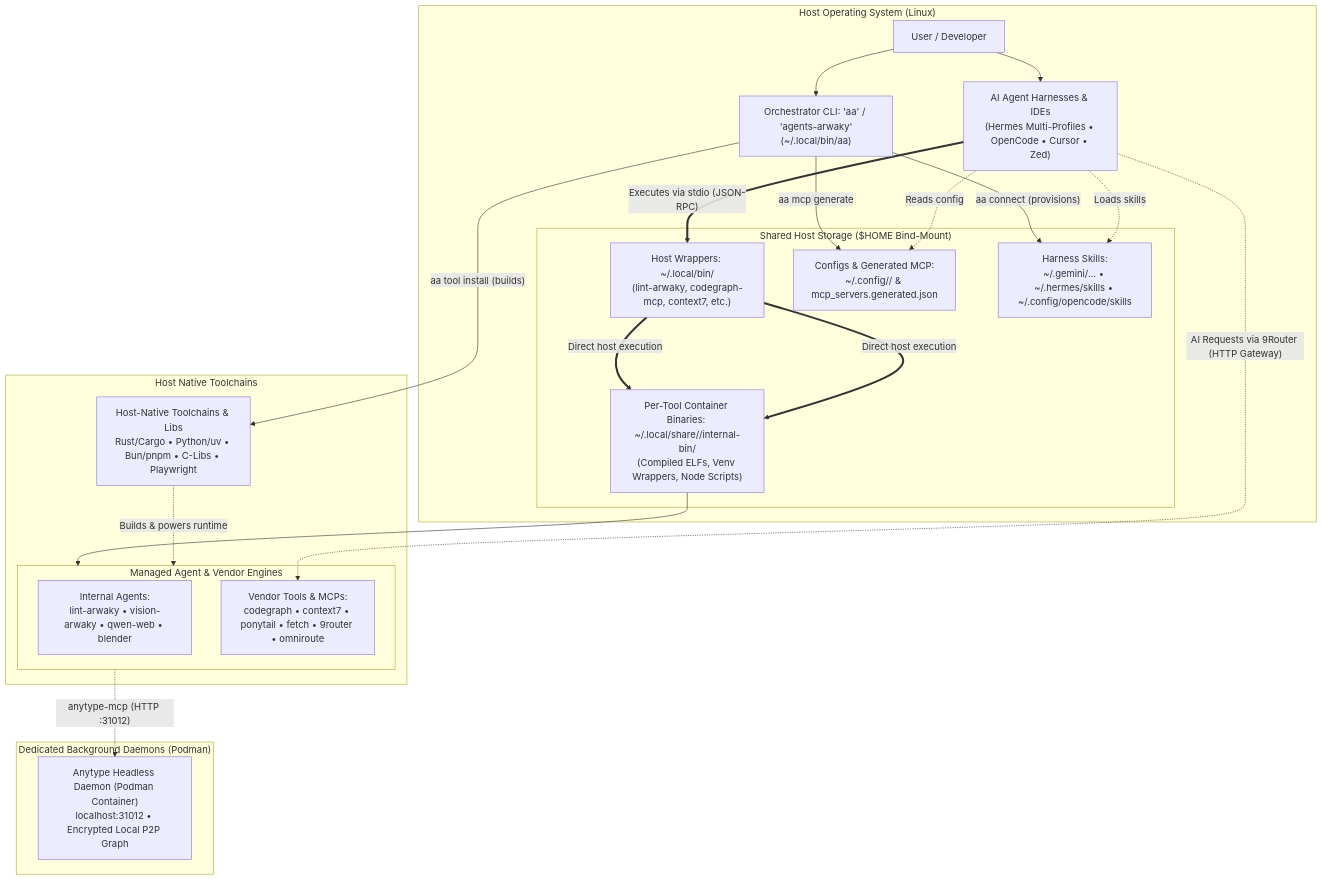
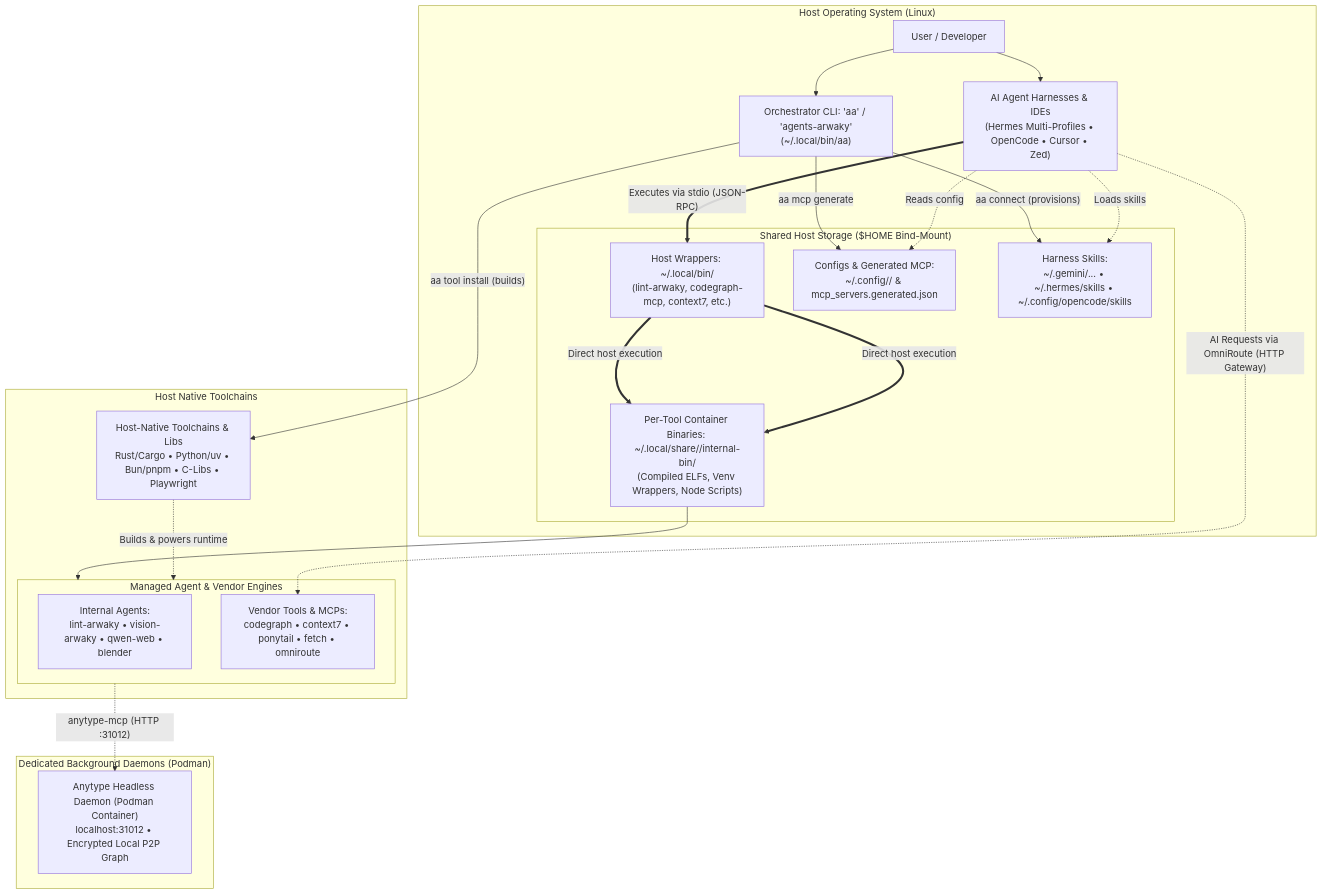
The diagram in README.md (rakaarwaky/agents-arwaky), drawn with Mermaid before and after one commit. The commit also changed other lines of this file and 83 other files, not shown here.

First line of the commit message:
feat: migrate 9router to OmniRoute as the sole AI gateway

````diff
--- a/README.md
+++ b/README.md
@@ -23,52 +23,52 @@
 ```mermaid
 flowchart TB
     subgraph HostOS["Host Operating System (Linux)"]
         User["User / Developer"]
         Harnesses["AI Agent Harnesses & IDEs\n(Hermes Multi-Profiles • OpenCode • Cursor • Zed)"]
         CLI["Orchestrator CLI: 'aa' / 'agents-arwaky'\n(~/.local/bin/aa)"]
       
         subgraph XDGShared["Shared Host Storage ($HOME Bind-Mount)"]
             Launchers["Host Wrappers: ~/.local/bin/\n(lint-arwaky, codegraph-mcp, context7, etc.)"]
             InternalBin["Per-Tool Container Binaries: ~/.local/share/<tool>/internal-bin/\n(Compiled ELFs, Venv Wrappers, Node Scripts)"]
             XDGConfigs["Configs & Generated MCP:\n~/.config/<tool>/ & mcp_servers.generated.json"]
             XDGSkills["Harness Skills:\n~/.gemini/... • ~/.hermes/skills • ~/.config/opencode/skills"]
         end
     end
 
     subgraph HostToolchain["Host Native Toolchains"]
         IsolatedRuntimes["Host-Native Toolchains & Libs\nRust/Cargo • Python/uv • Bun/pnpm • C-Libs • Playwright"]
 
         subgraph AgentsAndTools["Managed Agent & Vendor Engines"]
             InternalAgents["Internal Agents:\nlint-arwaky • vision-arwaky • qwen-web • blender"]
-            VendorTools["Vendor Tools & MCPs:\ncodegraph • context7 • ponytail • fetch • 9router • omniroute"]
+            VendorTools["Vendor Tools & MCPs:\ncodegraph • context7 • ponytail • fetch • omniroute"]
         end
     end
 
     subgraph SidecarServices["Dedicated Background Daemons (Podman)"]
         AnytypeDaemon["Anytype Headless Daemon (Podman Container)\nlocalhost:31012 • Encrypted Local P2P Graph"]
     end
 
     %% User & CLI interactions
     User --> CLI
     User --> Harnesses
     CLI -- "aa connect (provisions)" --> XDGSkills
     CLI -- "aa mcp generate" --> XDGConfigs
     CLI -- "aa tool install (builds)" --> IsolatedRuntimes
 
     %% Host-native execution
     Launchers == "Direct host execution" ==> InternalBin
 
     %% Harness interactions
     Harnesses -. "Reads config" .-> XDGConfigs
     Harnesses -. "Loads skills" .-> XDGSkills
     Harnesses == "Executes via stdio (JSON-RPC)" ==> Launchers
 
     %% Host-native execution
     Launchers == "Direct host execution" ==> InternalBin
     InternalBin --> AgentsAndTools
     IsolatedRuntimes -. "Builds & powers runtime" .-> AgentsAndTools
 
     %% Daemons & Services
     AgentsAndTools -. "anytype-mcp (HTTP :31012)" .-> AnytypeDaemon
-    Harnesses -. "AI Requests via 9Router (HTTP Gateway)" .-> VendorTools
+    Harnesses -. "AI Requests via OmniRoute (HTTP Gateway)" .-> VendorTools
 ```
````
